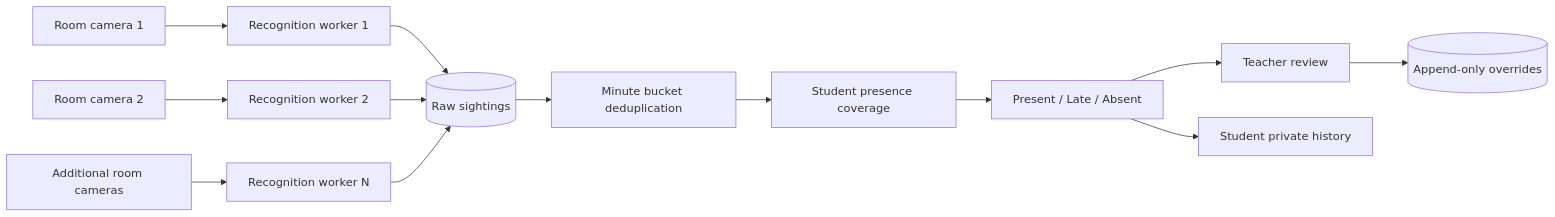
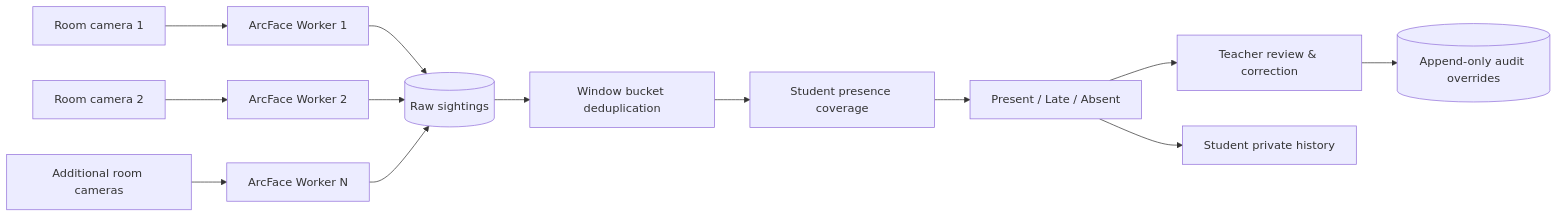
One commit to shubhamxdd/a changed the first of 2 diagrams in README.md. Above: the diagram before and after it, drawn with Mermaid. The commit also changed other lines of this file and 1 other file, not shown here.

````diff
--- a/README.md
+++ b/README.md
@@ -46,15 +47,15 @@
 ```mermaid
 flowchart LR
-    A[Room camera 1] --> W1[Recognition worker 1]
-    B[Room camera 2] --> W2[Recognition worker 2]
-    C[Additional room cameras] --> W3[Recognition worker N]
+    A[Room camera 1] --> W1[ArcFace Worker 1]
+    B[Room camera 2] --> W2[ArcFace Worker 2]
+    C[Additional room cameras] --> W3[ArcFace Worker N]
     W1 --> S[(Raw sightings)]
     W2 --> S
     W3 --> S
-    S --> D[Minute bucket deduplication]
+    S --> D[Window bucket deduplication]
     D --> P[Student presence coverage]
     P --> R[Present / Late / Absent]
-    R --> T[Teacher review]
-    T --> O[(Append-only overrides)]
+    R --> T[Teacher review & correction]
+    T --> O[(Append-only audit overrides)]
     R --> U[Student private history]
 ```
````
